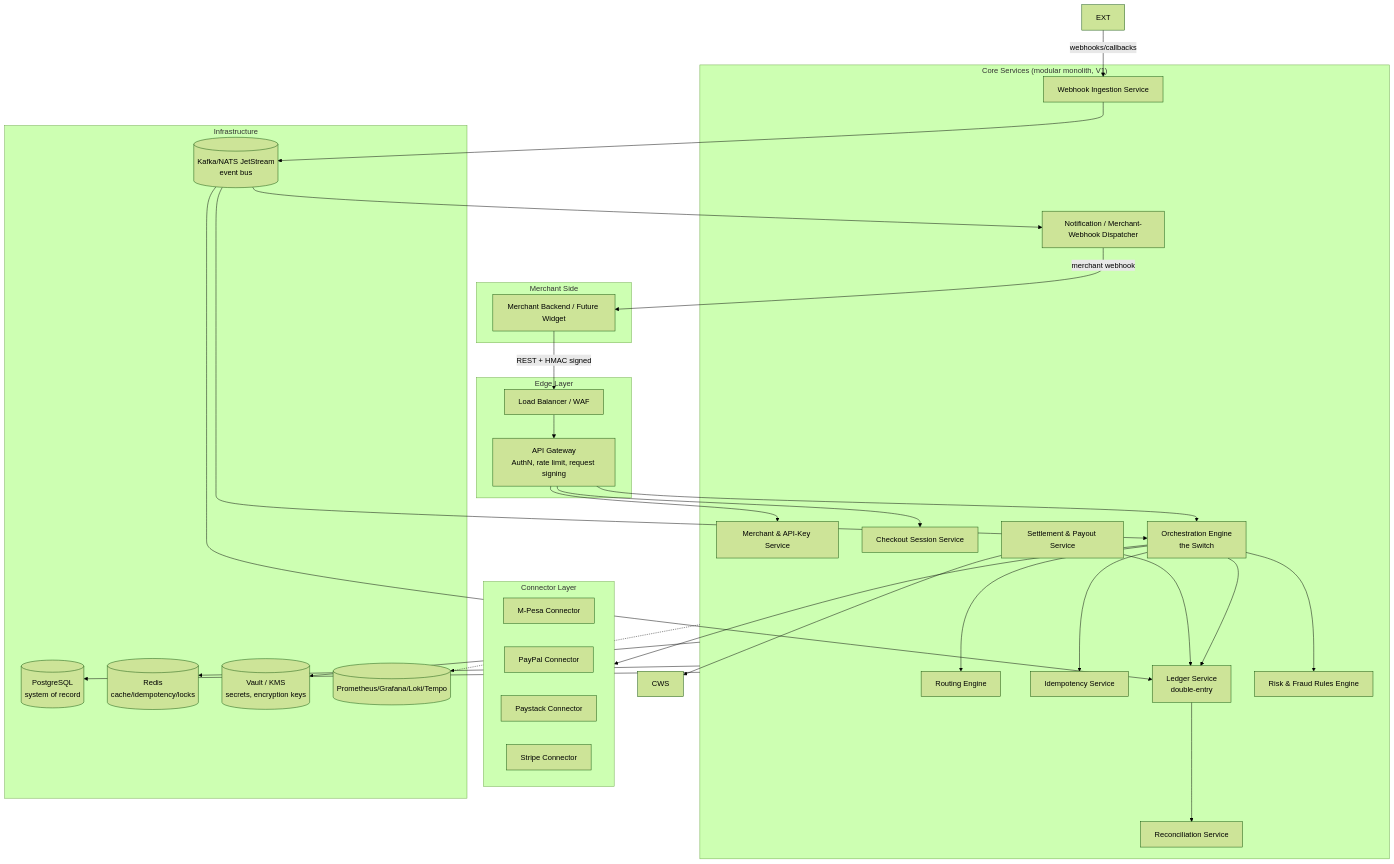
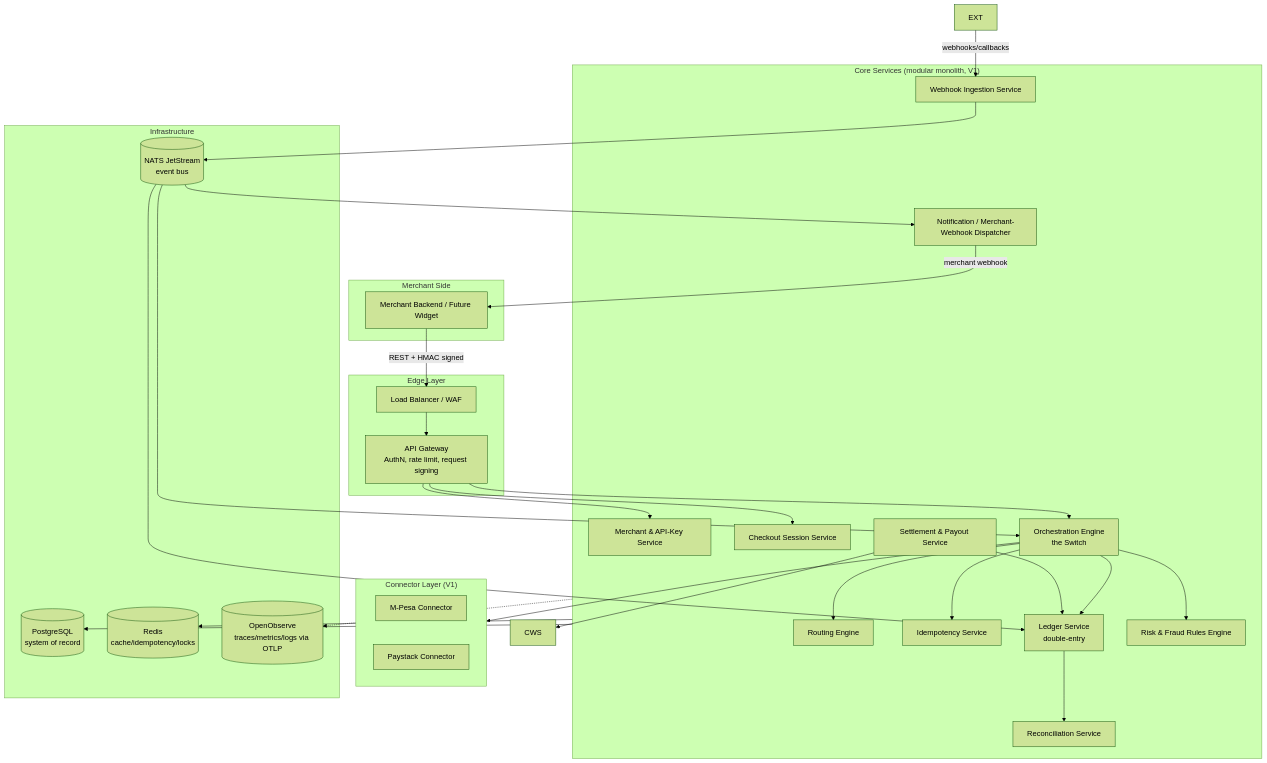
The first of 5 diagrams in architecture.md (paulodhiambo/zia), drawn with Mermaid (forest theme) before and after one commit. The commit also changed other lines of this file and 1 other file, not shown here.

````diff
--- a/architecture.md
+++ b/architecture.md
@@ -38,63 +38,59 @@
 ```mermaid
 flowchart TB
     subgraph Merchant["Merchant Side"]
         MAPP[Merchant Backend / Future Widget]
     end
 
     subgraph Edge["Edge Layer"]
         LB[Load Balancer / WAF]
         GW[API Gateway<br/>AuthN, rate limit, request signing]
     end
 
     subgraph Core["Core Services (modular monolith, V1)"]
         MS[Merchant & API-Key Service]
         CS[Checkout Session Service]
         ORC[Orchestration Engine<br/>the Switch]
         RTE[Routing Engine]
         IDP[Idempotency Service]
         LED[Ledger Service<br/>double-entry]
         REC[Reconciliation Service]
         WH[Webhook Ingestion Service]
         NOT[Notification / Merchant-Webhook Dispatcher]
         FRD[Risk & Fraud Rules Engine]
         SET[Settlement & Payout Service]
     end
 
-    subgraph Conn["Connector Layer"]
+    subgraph Conn["Connector Layer (V1)"]
         CMP[M-Pesa Connector]
-        CPP[PayPal Connector]
         CPS[Paystack Connector]
-        CST[Stripe Connector]
     end
 
     subgraph Infra["Infrastructure"]
         PG[(PostgreSQL<br/>system of record)]
         RDS[(Redis<br/>cache/idempotency/locks)]
-        MQ[(Kafka/NATS JetStream<br/>event bus)]
-        VLT[(Vault / KMS<br/>secrets, encryption keys)]
-        OBS[(Prometheus/Grafana/Loki/Tempo)]
+        MQ[(NATS JetStream<br/>event bus)]
+        OBS[(OpenObserve<br/>traces/metrics/logs via OTLP)]
     end
 
     MAPP -->|REST + HMAC signed| LB --> GW
     GW --> MS
     GW --> CS
     GW --> ORC
     ORC --> RTE
     ORC --> IDP
     ORC --> FRD
     ORC --> Conn
     EXT -->|webhooks/callbacks| WH
     WH --> MQ
     MQ --> ORC
     MQ --> LED
     MQ --> NOT
     NOT -->|merchant webhook| MAPP
     ORC --> LED
     LED --> REC
     SET --> CWS
     SET --> LED
     Core --> PG
     Core --> RDS
-    Core --> VLT
     Core -.-> OBS
 ```
````
